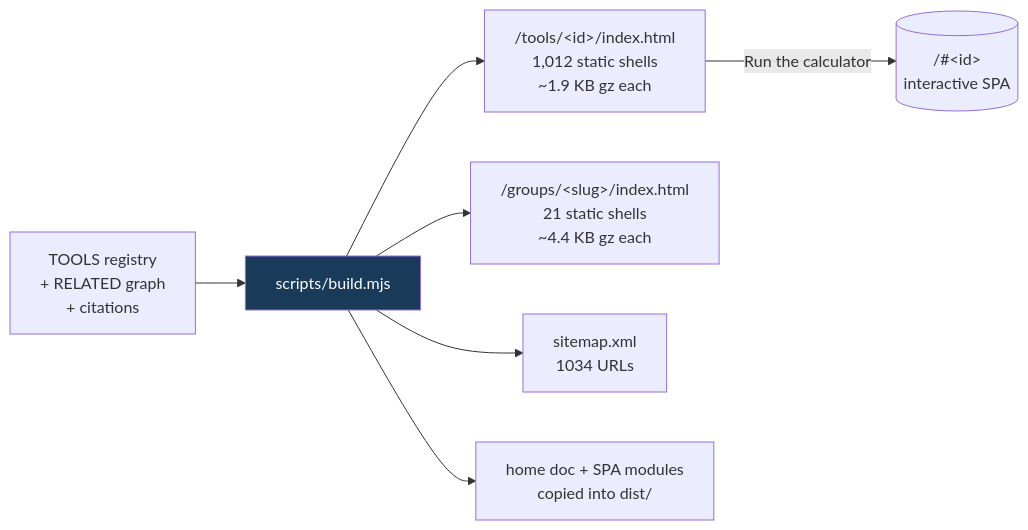
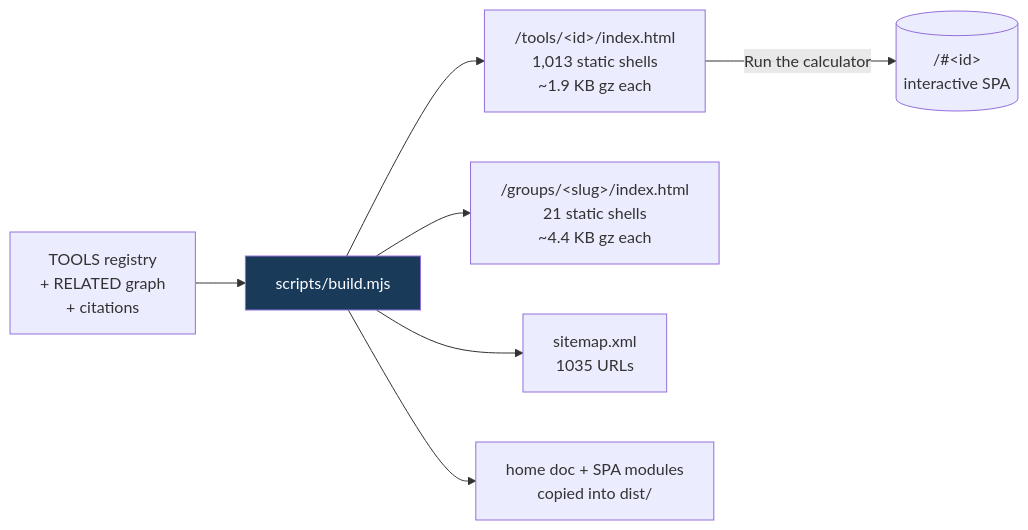
Before and after one commit to clay-good/roughlogic.com: the fifth of 8 diagrams in README.md, drawn with Mermaid. The commit also changed other lines of this file and 12 other files, not shown here.

````diff
--- a/README.md
+++ b/README.md
@@ -495,10 +495,10 @@
 ```mermaid
 flowchart LR
     SRC[TOOLS registry\n+ RELATED graph\n+ citations] --> BUILD[scripts/build.mjs]
-    BUILD --> TILE["/tools/&lt;id&gt;/index.html\n1,012 static shells\n~1.9 KB gz each"]
+    BUILD --> TILE["/tools/&lt;id&gt;/index.html\n1,013 static shells\n~1.9 KB gz each"]
     BUILD --> GROUP["/groups/&lt;slug&gt;/index.html\n21 static shells\n~4.4 KB gz each"]
-    BUILD --> MAP["sitemap.xml\n1034 URLs"]
+    BUILD --> MAP["sitemap.xml\n1035 URLs"]
     BUILD --> COPY[home doc + SPA modules\ncopied into dist/]
     TILE -->|Run the calculator| SPA[("/#&lt;id&gt;\ninteractive SPA")]
     style BUILD fill:#1a3a5a,color:#fff
 ```
````
